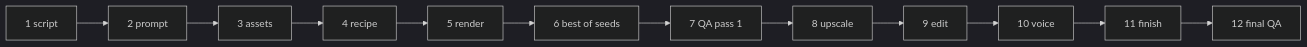
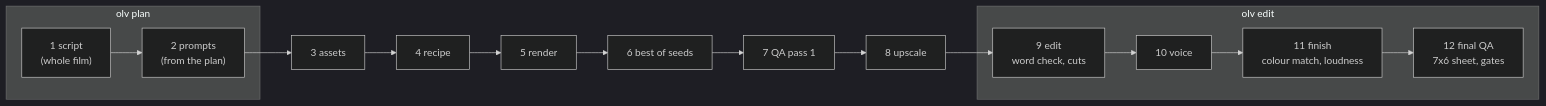
The diagram in docs/FLOW.md (modimorph/onegpu-longvideo), drawn with Mermaid (dark theme) before and after one commit. The commit also changed other lines of this file and 21 other files, not shown here.

First line of the commit message:
Add the whole-film planner, the studio editor and scenario profiles

````diff
--- a/docs/FLOW.md
+++ b/docs/FLOW.md
@@ -9,6 +11,12 @@
 ```mermaid
 flowchart LR
-    S1["1 script"] --> S2["2 prompt"] --> S3["3 assets"] --> S4["4 recipe"] --> S5["5 render"]
-    S5 --> S6["6 best of seeds"] --> S7["7 QA pass 1"] --> S8["8 upscale"] --> S9["9 edit"]
-    S9 --> S10["10 voice"] --> S11["11 finish"] --> S12["12 final QA"]
+    subgraph PLAN["olv plan"]
+        S1["1 script<br/>(whole film)"] --> S2["2 prompts<br/>(from the plan)"]
+    end
+    S2 --> S3["3 assets"] --> S4["4 recipe"] --> S5["5 render"]
+    S5 --> S6["6 best of seeds"] --> S7["7 QA pass 1"] --> S8["8 upscale"]
+    subgraph EDIT["olv edit"]
+        S9["9 edit<br/>word check, cuts"] --> S10["10 voice"] --> S11["11 finish<br/>colour match, loudness"] --> S12["12 final QA<br/>7x6 sheet, gates"]
+    end
+    S8 --> S9
 ```
````
